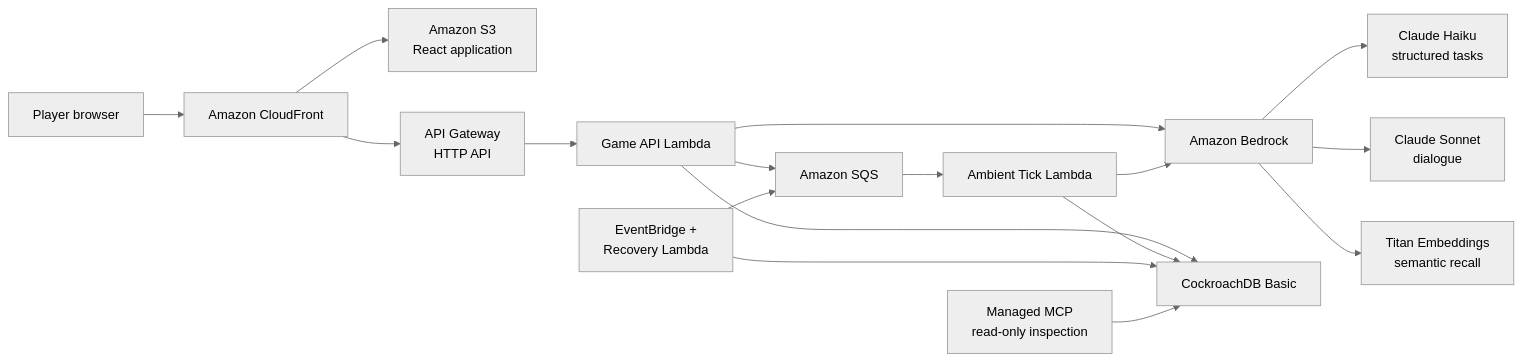
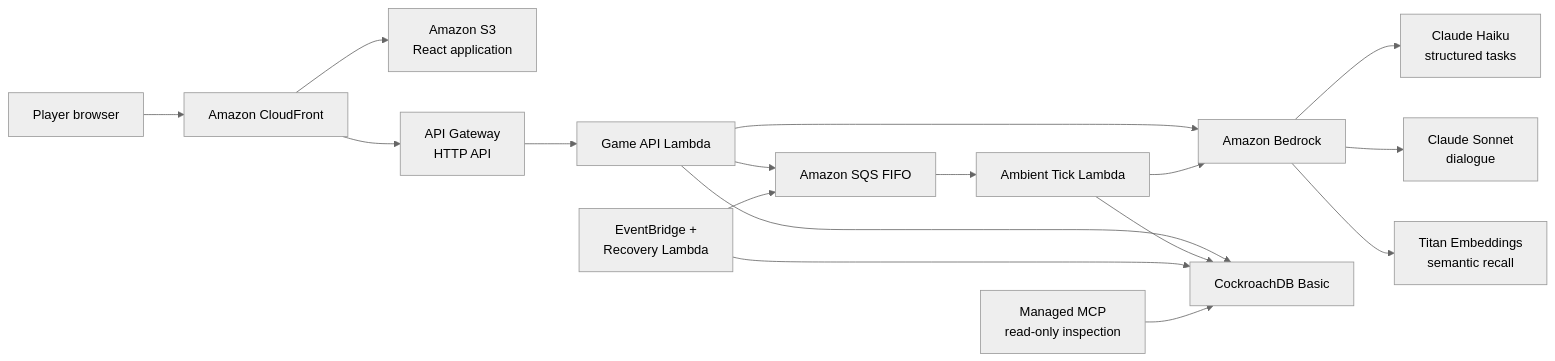
Before and after one commit to aishahsofea/the-town-remembers: the diagram in docs/003-technical-architecture-and-schema.md, drawn with Mermaid (neutral theme). The commit also changed other lines of this file and 6 other files, not shown here.

````diff
--- a/docs/003-technical-architecture-and-schema.md
+++ b/docs/003-technical-architecture-and-schema.md
@@ -29,34 +29,34 @@
 ```mermaid
 flowchart LR
     Browser["Player browser"]
     CloudFront["Amazon CloudFront"]
     S3["Amazon S3<br/>React application"]
     Gateway["API Gateway<br/>HTTP API"]
     Game["Game API Lambda"]
     Bedrock["Amazon Bedrock"]
     Haiku["Claude Haiku<br/>structured tasks"]
     Sonnet["Claude Sonnet<br/>dialogue"]
     Titan["Titan Embeddings<br/>semantic recall"]
     Database["CockroachDB Basic"]
-    Queue["Amazon SQS"]
+    Queue["Amazon SQS FIFO"]
     Tick["Ambient Tick Lambda"]
     Recovery["EventBridge +<br/>Recovery Lambda"]
     MCP["Managed MCP<br/>read-only inspection"]
 
     Browser --> CloudFront
     CloudFront --> S3
     CloudFront --> Gateway
     Gateway --> Game
     Game --> Database
     Game --> Bedrock
     Bedrock --> Haiku
     Bedrock --> Sonnet
     Bedrock --> Titan
     Game --> Queue
     Queue --> Tick
     Tick --> Bedrock
     Tick --> Database
     Recovery --> Database
     Recovery --> Queue
     MCP --> Database
 ```
````
